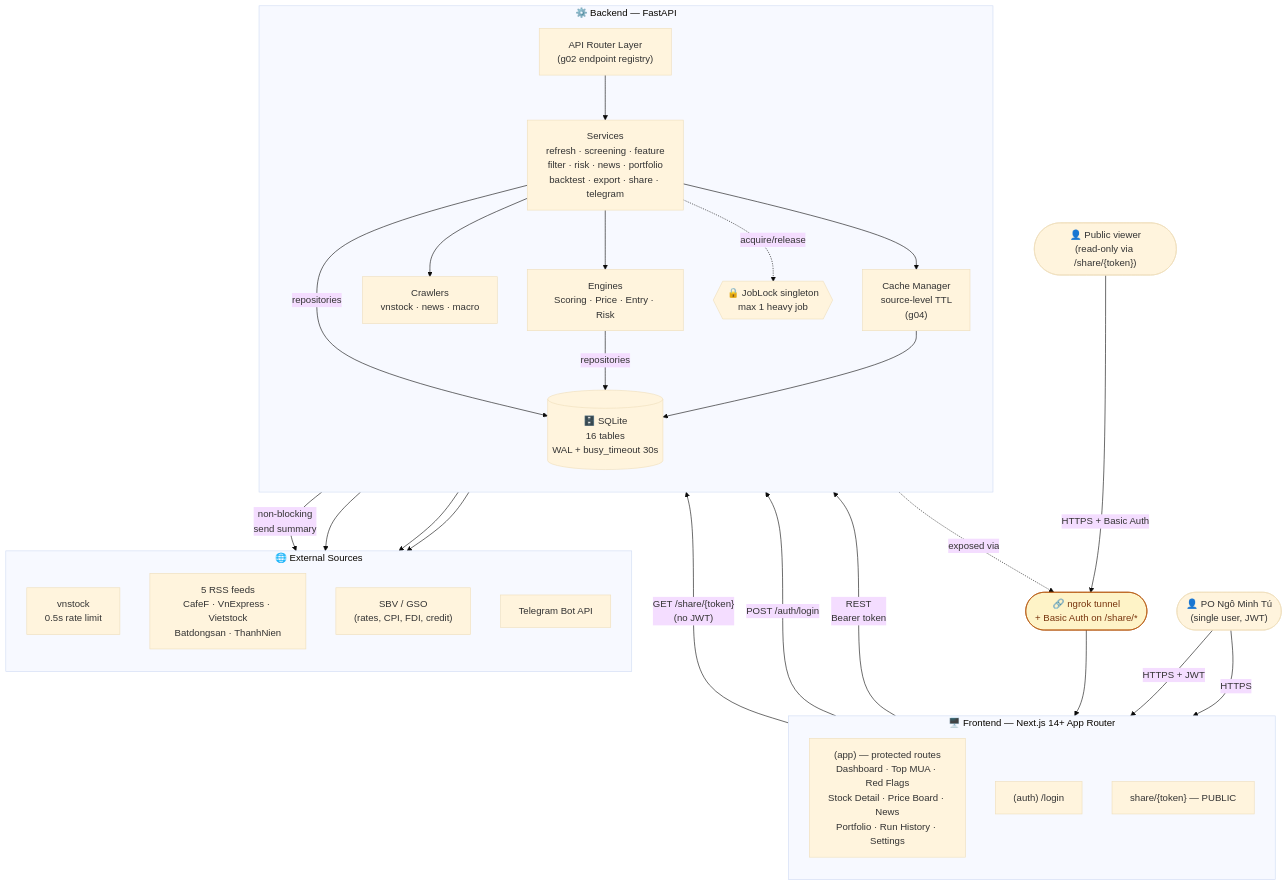
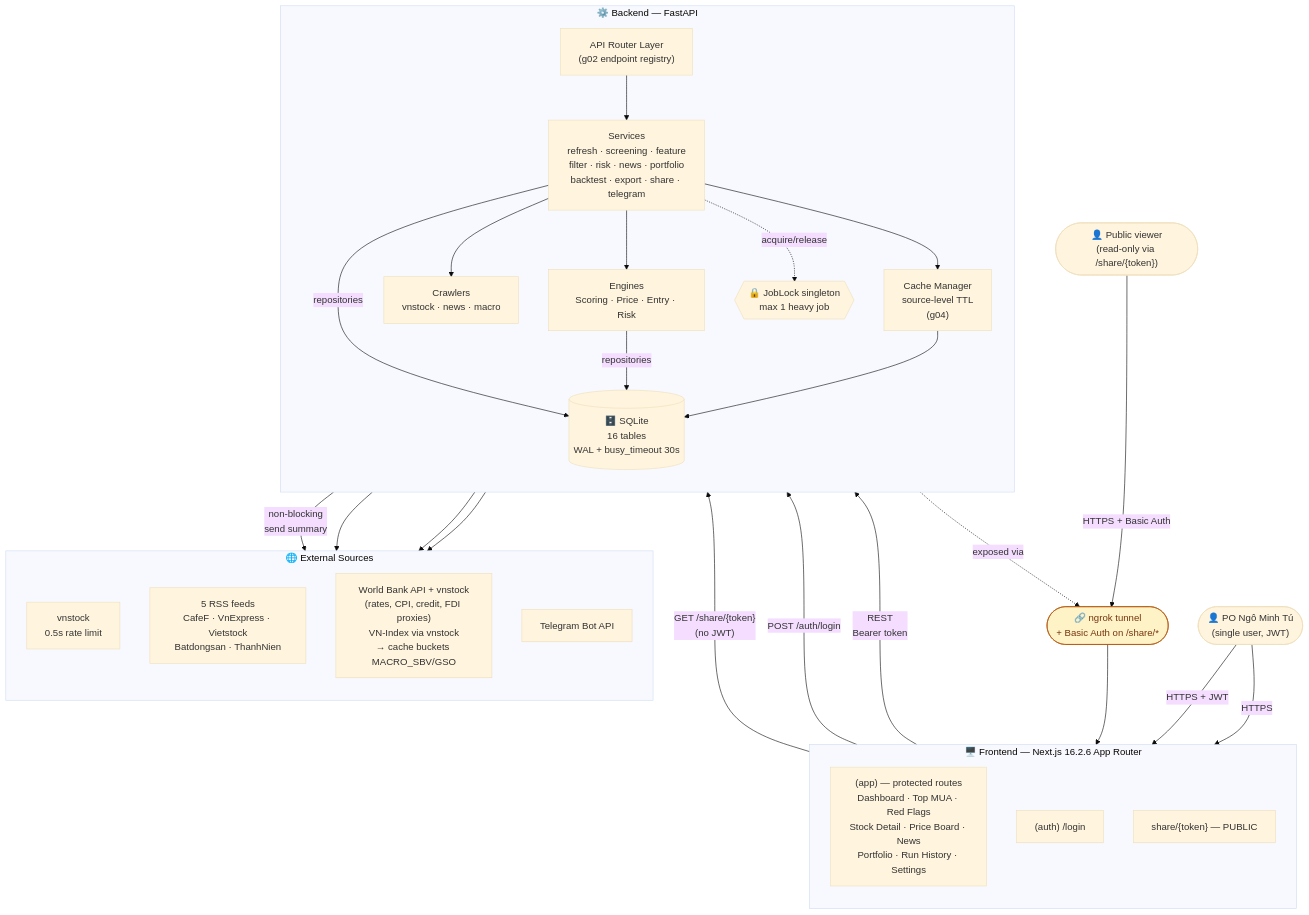
The diagram in docs/system-architecture/01-system-context.md (ngo-minh-tu/stock-v2), drawn with Mermaid (base theme) before and after one commit. The commit also changed other lines of this file and 5 other files, not shown here.

First line of the commit message:
docs: reconcile system-architecture + TAD macro source to reality

````diff
--- a/docs/system-architecture/01-system-context.md
+++ b/docs/system-architecture/01-system-context.md
@@ -12,67 +12,67 @@
 ```mermaid
 flowchart TB
     %% Actors
     PO(["👤 PO Ngô Minh Tú<br/>(single user, JWT)"])
     Viewer(["👤 Public viewer<br/>(read-only via /share/{token})"])
 
     %% Frontend
-    subgraph FE["🖥️ Frontend — Next.js 14+ App Router"]
+    subgraph FE["🖥️ Frontend — Next.js 16.2.6 App Router"]
         direction TB
         AppGroup["(app) — protected routes<br/>Dashboard · Top MUA · Red Flags<br/>Stock Detail · Price Board · News<br/>Portfolio · Run History · Settings"]
         AuthRoute["(auth) /login"]
         ShareRoute["share/{token} — PUBLIC"]
     end
 
     %% Backend
     subgraph BE["⚙️ Backend — FastAPI"]
         direction TB
         APIRouter["API Router Layer<br/>(g02 endpoint registry)"]
         Services["Services<br/>refresh · screening · feature<br/>filter · risk · news · portfolio<br/>backtest · export · share · telegram"]
         Engines["Engines<br/>Scoring · Price · Entry · Risk"]
         Crawlers["Crawlers<br/>vnstock · news · macro"]
         JobLock{{"🔒 JobLock singleton<br/>max 1 heavy job"}}
         DB[("🗄️ SQLite<br/>16 tables<br/>WAL + busy_timeout 30s")]
         CacheMeta["Cache Manager<br/>source-level TTL<br/>(g04)"]
     end
 
     %% External
     subgraph Ext["🌐 External Sources"]
         direction TB
         VN["vnstock<br/>0.5s rate limit"]
         RSS["5 RSS feeds<br/>CafeF · VnExpress · Vietstock<br/>Batdongsan · ThanhNien"]
-        Macro["SBV / GSO<br/>(rates, CPI, FDI, credit)"]
+        Macro["World Bank API + vnstock<br/>(rates, CPI, credit, FDI proxies)<br/>VN-Index via vnstock<br/>→ cache buckets MACRO_SBV/GSO"]
         TG["Telegram Bot API"]
     end
 
     %% Hosting
     Ngrok(["🔗 ngrok tunnel<br/>+ Basic Auth on /share/*"]):::infra
 
     %% Wires
     PO -- HTTPS --> AuthRoute
     PO -- HTTPS + JWT --> AppGroup
     Viewer -- HTTPS + Basic Auth --> Ngrok
     Ngrok --> ShareRoute
 
     AppGroup -- "REST<br/>Bearer token" --> APIRouter
     AuthRoute -- "POST /auth/login" --> APIRouter
     ShareRoute -- "GET /share/{token}<br/>(no JWT)" --> APIRouter
 
     APIRouter --> Services
     Services --> Engines
     Services --> Crawlers
     Services -- repositories --> DB
     Engines -- repositories --> DB
     Services --> CacheMeta
     CacheMeta --> DB
 
     Services -. acquire/release .-> JobLock
 
     Crawlers --> VN
     Crawlers --> RSS
     Crawlers --> Macro
     Services -- "non-blocking<br/>send summary" --> TG
 
     BE -. exposed via .-> Ngrok
 
     classDef infra fill:#fef3c7,stroke:#b45309,color:#78350f;
 ```
````
